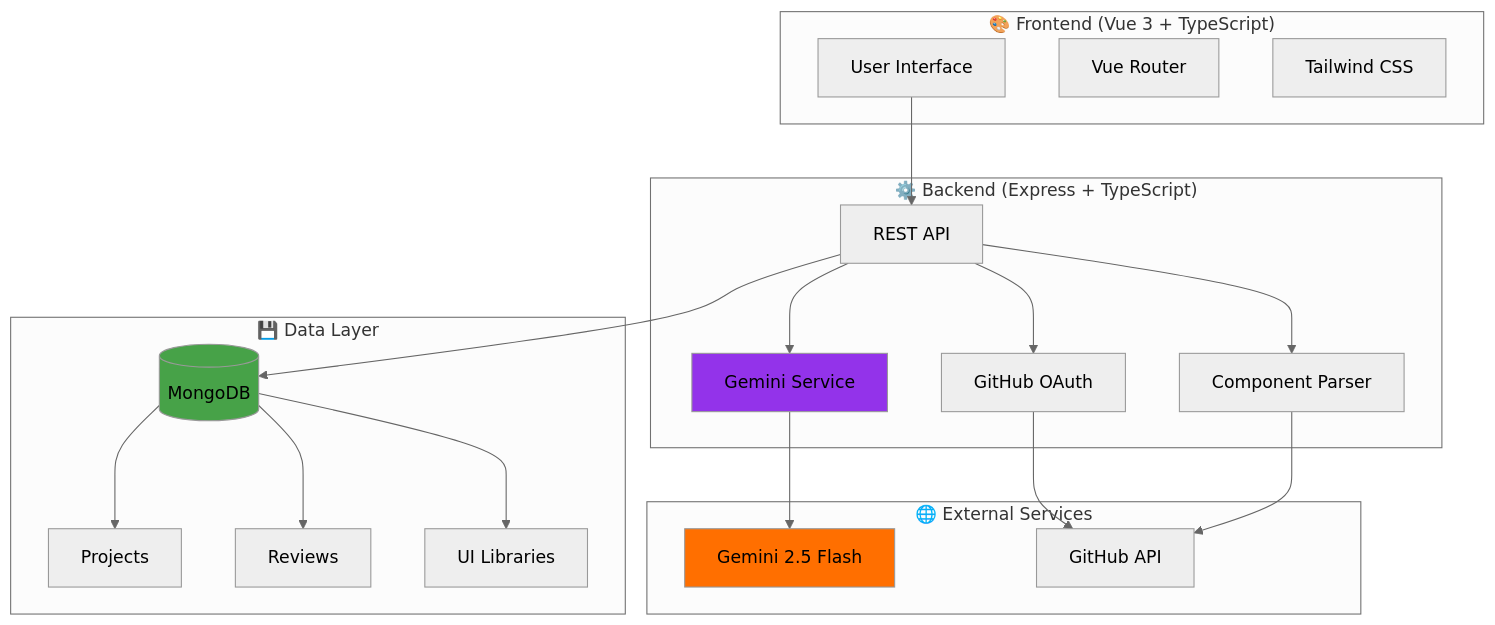
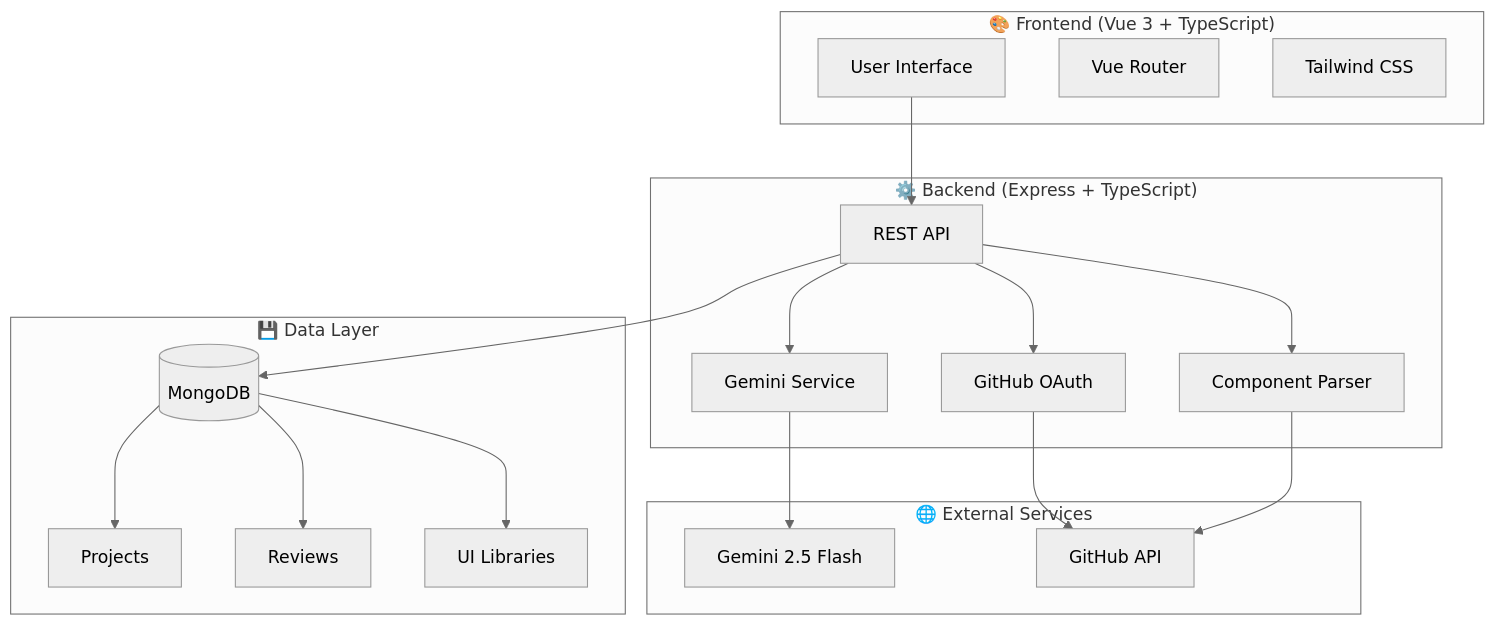
Before and after one commit to hammad-ghl/kickoff: the second of 3 diagrams in README.md, drawn with Mermaid (neutral theme). The commit also changed other lines of this file, not shown here.

````diff
--- a/README.md
+++ b/README.md
@@ -107,45 +103,41 @@
 ```mermaid
 flowchart TB
     subgraph Frontend["🎨 Frontend (Vue 3 + TypeScript)"]
         UI[User Interface]
         Router[Vue Router]
         State[Tailwind CSS]
     end
     
     subgraph Backend["⚙️ Backend (Express + TypeScript)"]
         API[REST API]
         Auth[GitHub OAuth]
         Gemini[Gemini Service]
         Parser[Component Parser]
     end
     
     subgraph Data["💾 Data Layer"]
         MongoDB[(MongoDB)]
         Projects[Projects]
         Reviews[Reviews]
         Libraries[UI Libraries]
     end
     
     subgraph External["🌐 External Services"]
         GeminiAPI[Gemini 2.5 Flash]
         GitHubAPI[GitHub API]
     end
     
     UI --> API
     API --> Auth
     API --> Gemini
     API --> Parser
     
     Auth --> GitHubAPI
     Gemini --> GeminiAPI
     Parser --> GitHubAPI
     
     API --> MongoDB
     MongoDB --> Projects
     MongoDB --> Reviews
     MongoDB --> Libraries
-    
-    style Gemini fill:#9333ea
-    style GeminiAPI fill:#ff6f00
-    style MongoDB fill:#47a248
 ```
````
